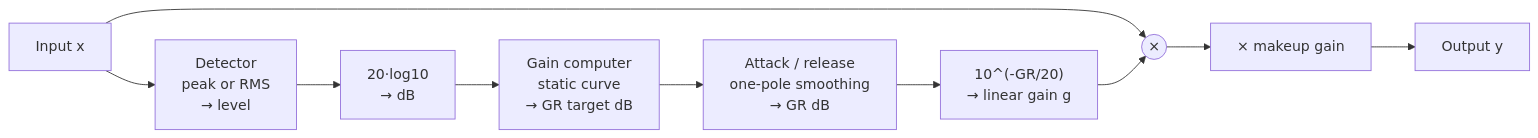
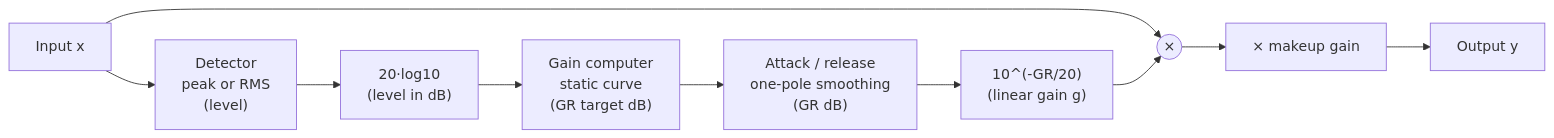
One commit to TomHsieh300/DAW-for-fun changed the diagram in lessons/04-compressor/README.md. Above: the diagram before and after it, drawn with Mermaid. The commit also changed other lines of this file and 7 other files, not shown here.

First line of the commit message:
ch04: redraw text diagrams as Mermaid and SVG figures

````diff
--- a/lessons/04-compressor/README.md
+++ b/lessons/04-compressor/README.md
@@ -38,11 +38,11 @@
 ```mermaid
 flowchart LR
-    X["Input x"] --> D["Detector<br/>peak or RMS<br/>→ level"]
-    D --> L["20·log10<br/>→ dB"]
-    L --> G["Gain computer<br/>static curve<br/>→ GR target dB"]
-    G --> S["Attack / release<br/>one-pole smoothing<br/>→ GR dB"]
-    S --> E["10^(-GR/20)<br/>→ linear gain g"]
+    X["Input x"] --> D["Detector<br/>peak or RMS<br/>(level)"]
+    D --> L["20·log10<br/>(level in dB)"]
+    L --> G["Gain computer<br/>static curve<br/>(GR target dB)"]
+    G --> S["Attack / release<br/>one-pole smoothing<br/>(GR dB)"]
+    S --> E["10^(-GR/20)<br/>(linear gain g)"]
     X --> M(("×"))
     E --> M
     M --> K["× makeup gain"] --> Y["Output y"]
 ```
````
